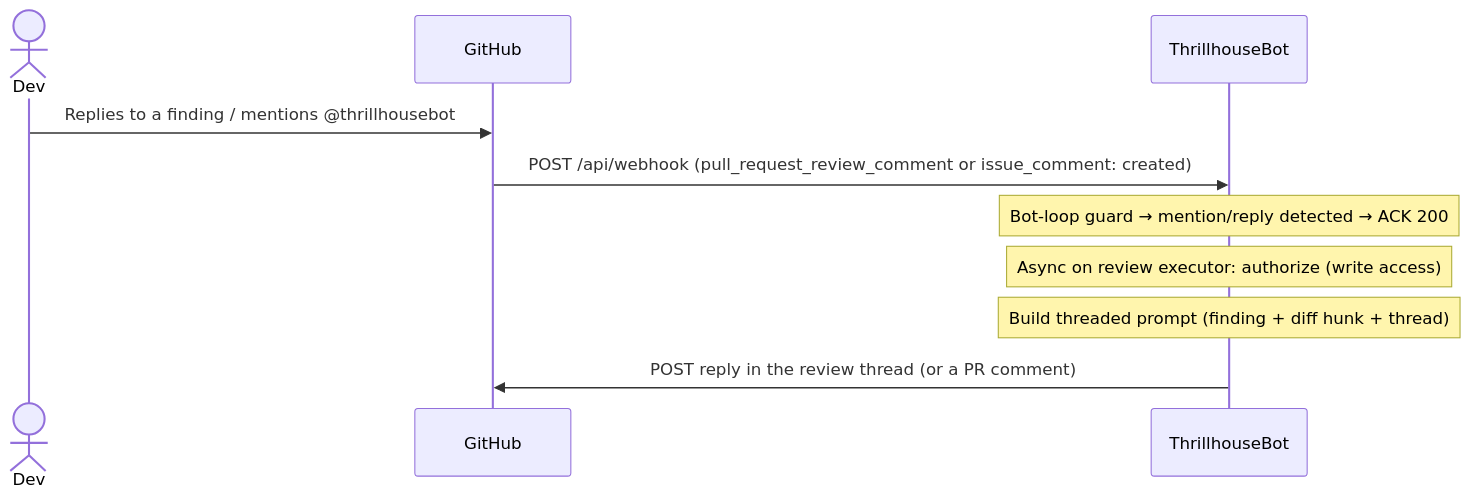
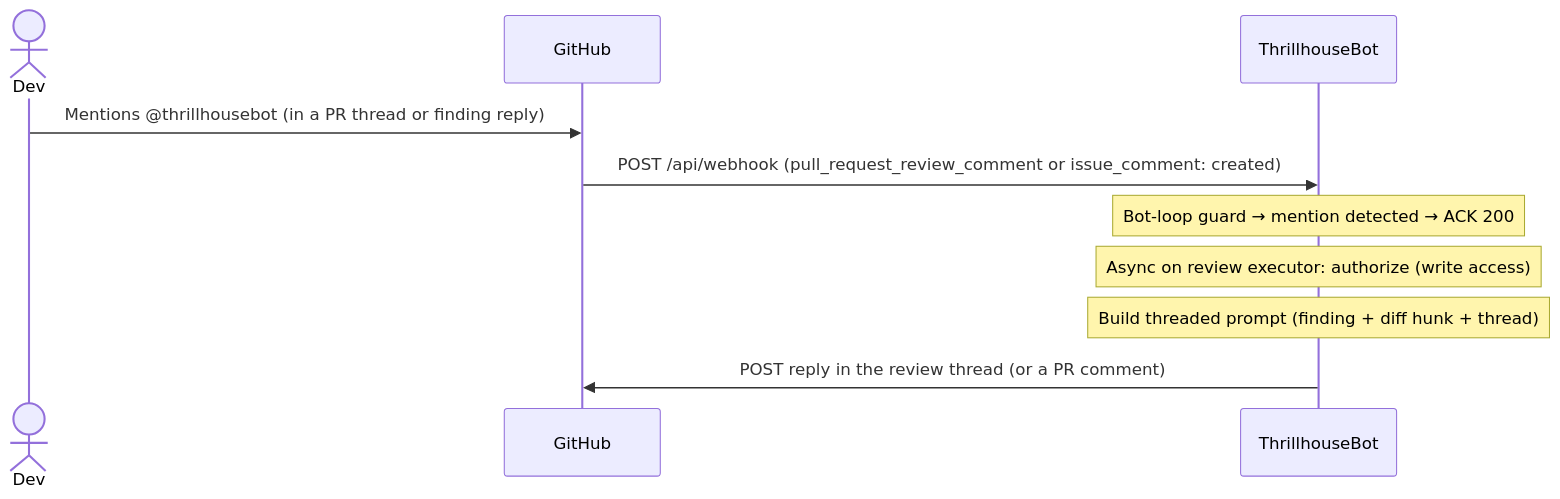
The sixth of 6 diagrams in docs/ARCHITECTURE.md (devops-thiago/ThrillhouseBot), drawn with Mermaid before and after one commit. The commit also changed other lines of this file and 3 other files, not shown here.

First line of the commit message:
fix(reply): only answer review comments that explicitly @-mention the bot (#202)

````diff
--- a/docs/ARCHITECTURE.md
+++ b/docs/ARCHITECTURE.md
@@ -155,14 +155,14 @@
 ```mermaid
 sequenceDiagram
     actor Dev
     participant GH as GitHub
     participant TB as ThrillhouseBot
 
-    Dev->>GH: Replies to a finding / mentions @thrillhousebot
+    Dev->>GH: Mentions @thrillhousebot (in a PR thread or finding reply)
     GH->>TB: POST /api/webhook (pull_request_review_comment or issue_comment: created)
 
-    Note over TB: Bot-loop guard → mention/reply detected → ACK 200
+    Note over TB: Bot-loop guard → mention detected → ACK 200
     Note over TB: Async on review executor: authorize (write access)
     Note over TB: Build threaded prompt (finding + diff hunk + thread)
     TB->>GH: POST reply in the review thread (or a PR comment)
 ```
````
